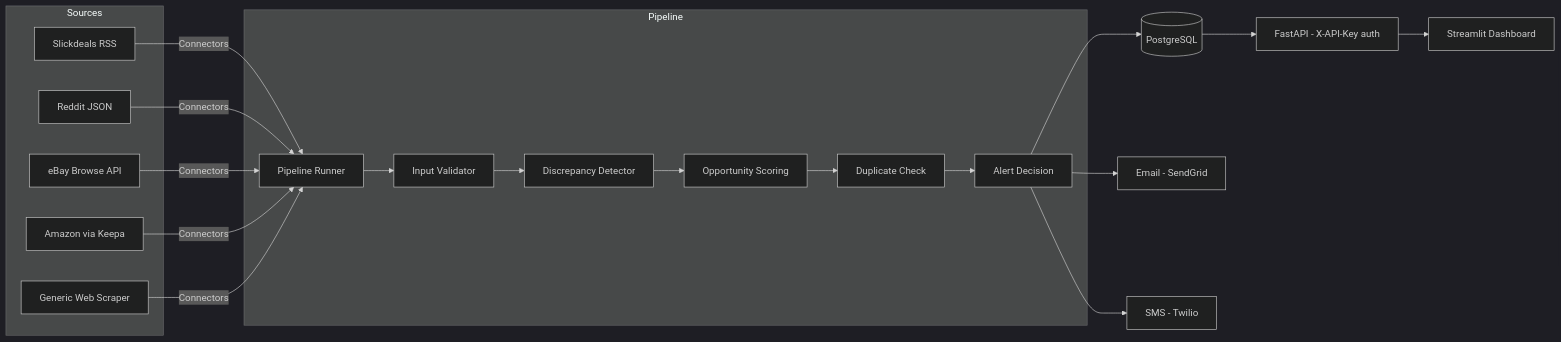
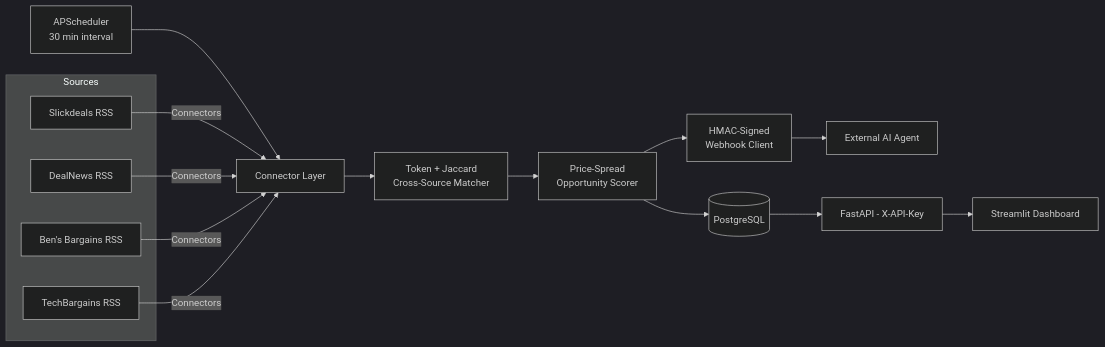
The diagram in README.md (Kpakpavi/aace-execution), drawn with Mermaid (dark theme) before and after one commit. The commit also changed other lines of this file, not shown here.

Commit message:
docs: README update - CI badge, current architecture, real connector list

````diff
--- a/README.md
+++ b/README.md
@@ -25,27 +25,22 @@
 ```mermaid
 flowchart LR
     subgraph Sources
       A[Slickdeals RSS]
-      B[Reddit JSON]
-      C[eBay Browse API]
-      D[Amazon via Keepa]
-      E[Generic Web Scraper]
+      B[DealNews RSS]
+      C["Ben's Bargains RSS"]
+      D[TechBargains RSS]
     end
 
-    A & B & C & D & E -->|Connectors| P[Pipeline Runner]
+    SCHED[APScheduler<br/>30 min interval] --> CONNS
 
-    subgraph Pipeline
-      P --> V[Input Validator]
-      V --> DD[Discrepancy Detector]
-      DD --> SC[Opportunity Scoring]
-      SC --> DUP[Duplicate Check]
-      DUP --> AD[Alert Decision]
-    end
+    A & B & C & D -->|Connectors| CONNS[Connector Layer]
 
-    AD --> DB[(PostgreSQL)]
-    AD --> EM[Email - SendGrid]
-    AD --> SM[SMS - Twilio]
+    CONNS --> MATCH[Token + Jaccard<br/>Cross-Source Matcher]
+    MATCH --> SCORE[Price-Spread<br/>Opportunity Scorer]
+    SCORE --> WHK[HMAC-Signed<br/>Webhook Client]
+    SCORE --> DB[(PostgreSQL)]
 
-    DB --> API[FastAPI - X-API-Key auth]
+    WHK --> AGENT[External AI Agent]
+    DB --> API[FastAPI - X-API-Key]
     API --> DASH[Streamlit Dashboard]
 ```
````
